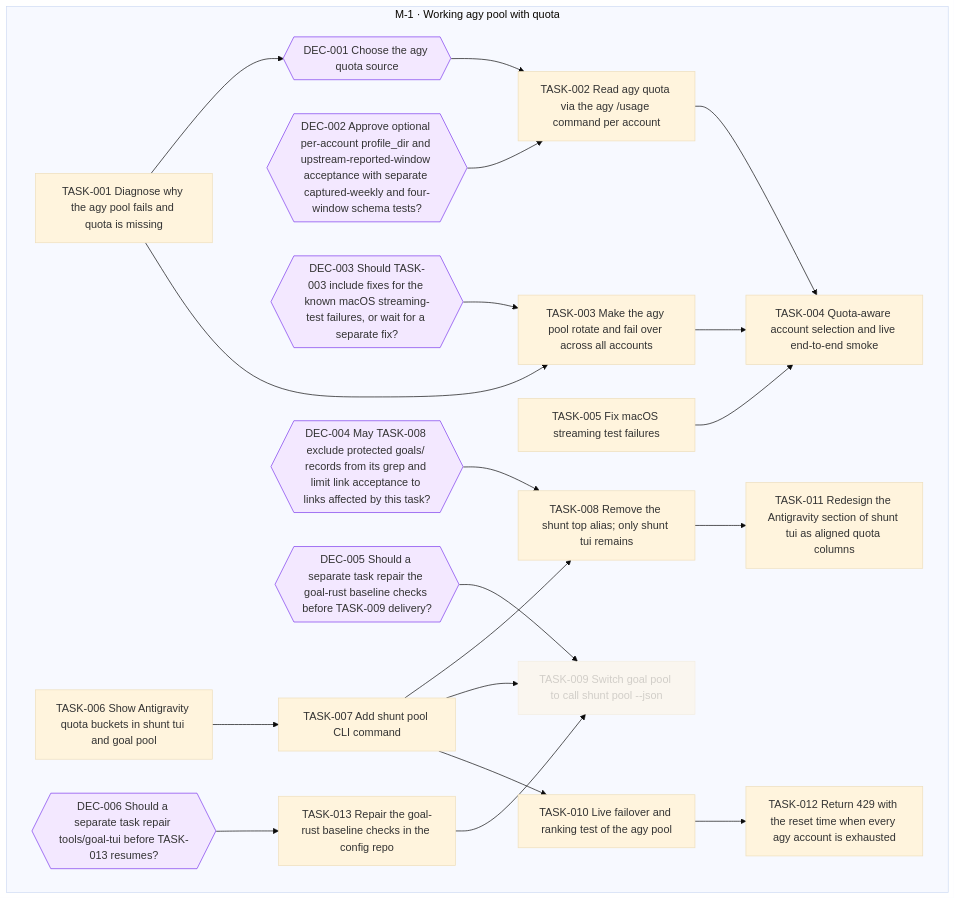
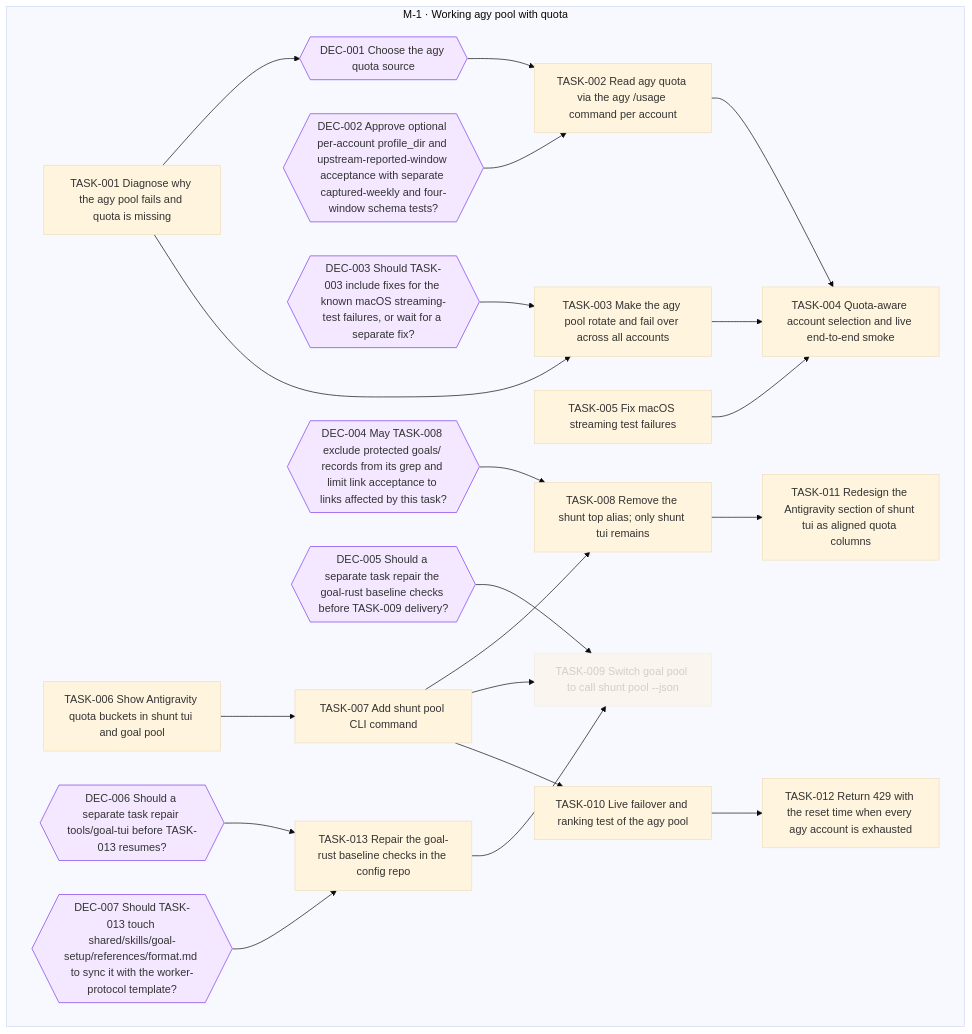
One commit to jesusvillota/shunt changed the diagram in goals/agy-pool/README.md. Above: the diagram before and after it, drawn with Mermaid (base theme). The commit also changed 3 other files, not shown here.

Commit message:
goal(agy-pool): request DEC-007 from TASK-013

````diff
--- a/goals/agy-pool/README.md
+++ b/goals/agy-pool/README.md
@@ -19,52 +19,55 @@
 ```mermaid
 flowchart TD
   subgraph M_1["M-1 · Working agy pool with quota"]
     DEC_001{{"DEC-001 Choose the agy quota source"}}
     DEC_002{{"DEC-002 Approve optional per-account profile_dir and upstream-reported-window acceptance with separate captured-weekly and four-window schema tests?"}}
     DEC_003{{"DEC-003 Should TASK-003 include fixes for the known macOS streaming-test failures, or wait for a separate fix?"}}
     DEC_004{{"DEC-004 May TASK-008 exclude protected goals/ records from its grep and limit link acceptance to links affected by this task?"}}
     DEC_005{{"DEC-005 Should a separate task repair the goal-rust baseline checks before TASK-009 delivery?"}}
     DEC_006{{"DEC-006 Should a separate task repair tools/goal-tui before TASK-013 resumes?"}}
+    DEC_007{{"DEC-007 Should TASK-013 touch shared/skills/goal-setup/references/format.md to sync it with the worker-protocol template?"}}
     TASK_001["TASK-001 Diagnose why the agy pool fails and quota is missing"]
     TASK_002["TASK-002 Read agy quota via the agy /usage command per account"]
     TASK_003["TASK-003 Make the agy pool rotate and fail over across all accounts"]
     TASK_004["TASK-004 Quota-aware account selection and live end-to-end smoke"]
     TASK_005["TASK-005 Fix macOS streaming test failures"]
     TASK_006["TASK-006 Show Antigravity quota buckets in shunt tui and goal pool"]
     TASK_007["TASK-007 Add shunt pool CLI command"]
     TASK_008["TASK-008 Remove the shunt top alias; only shunt tui remains"]
     TASK_009["TASK-009 Switch goal pool to call shunt pool --json"]
     TASK_010["TASK-010 Live failover and ranking test of the agy pool"]
     TASK_011["TASK-011 Redesign the Antigravity section of shunt tui as aligned quota columns"]
     TASK_012["TASK-012 Return 429 with the reset time when every agy account is exhausted"]
     TASK_013["TASK-013 Repair the goal-rust baseline checks in the config repo"]
   end
   TASK_001 --> DEC_001
   DEC_001 --> TASK_002
   DEC_002 --> TASK_002
   TASK_001 --> TASK_003
   DEC_003 --> TASK_003
   TASK_002 --> TASK_004
   TASK_003 --> TASK_004
   TASK_005 --> TASK_004
   TASK_006 --> TASK_007
   TASK_007 --> TASK_008
   DEC_004 --> TASK_008
   TASK_007 --> TASK_009
   DEC_005 --> TASK_009
   TASK_013 --> TASK_009
   TASK_007 --> TASK_010
   TASK_008 --> TASK_011
   TASK_010 --> TASK_012
   DEC_006 --> TASK_013
+  DEC_007 --> TASK_013
   classDef draft stroke-dasharray: 4 3
   classDef cancelled opacity:0.45
   classDef decision fill:#f3e8ff,stroke:#7c3aed
   class TASK_009 cancelled
   class DEC_001 decision
   class DEC_002 decision
   class DEC_003 decision
   class DEC_004 decision
   class DEC_005 decision
   class DEC_006 decision
+  class DEC_007 decision
 ```
````
